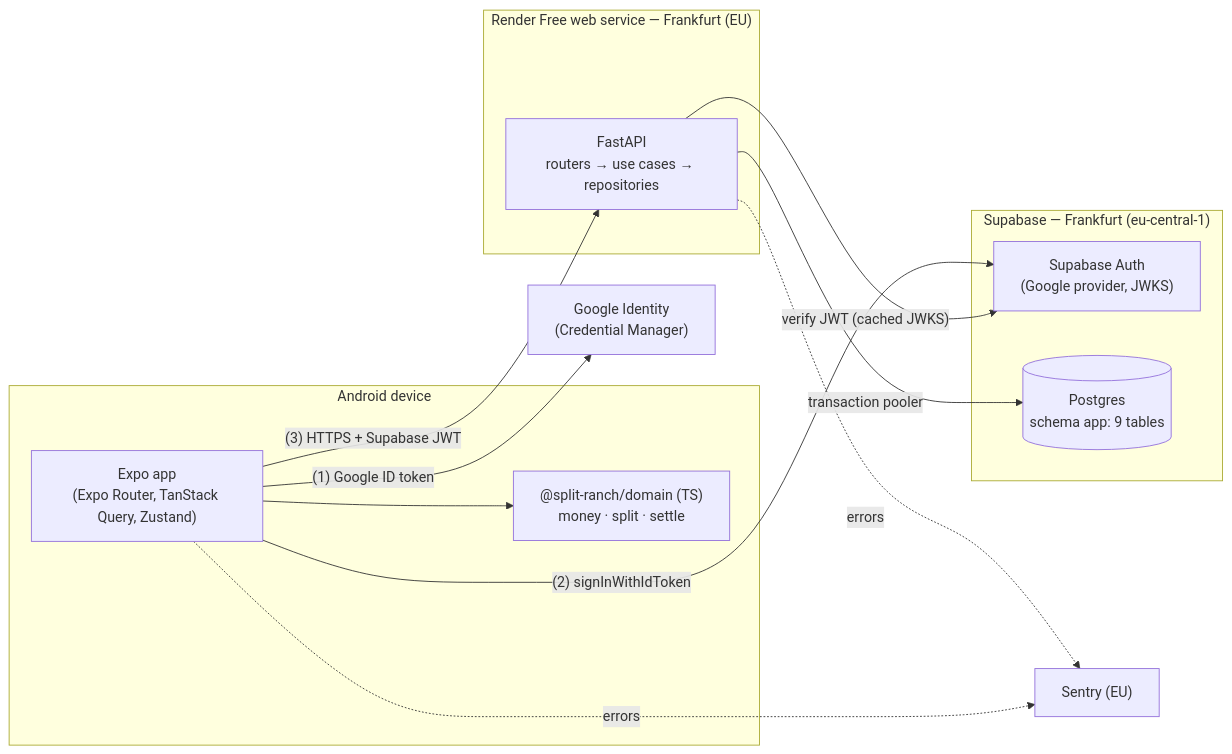
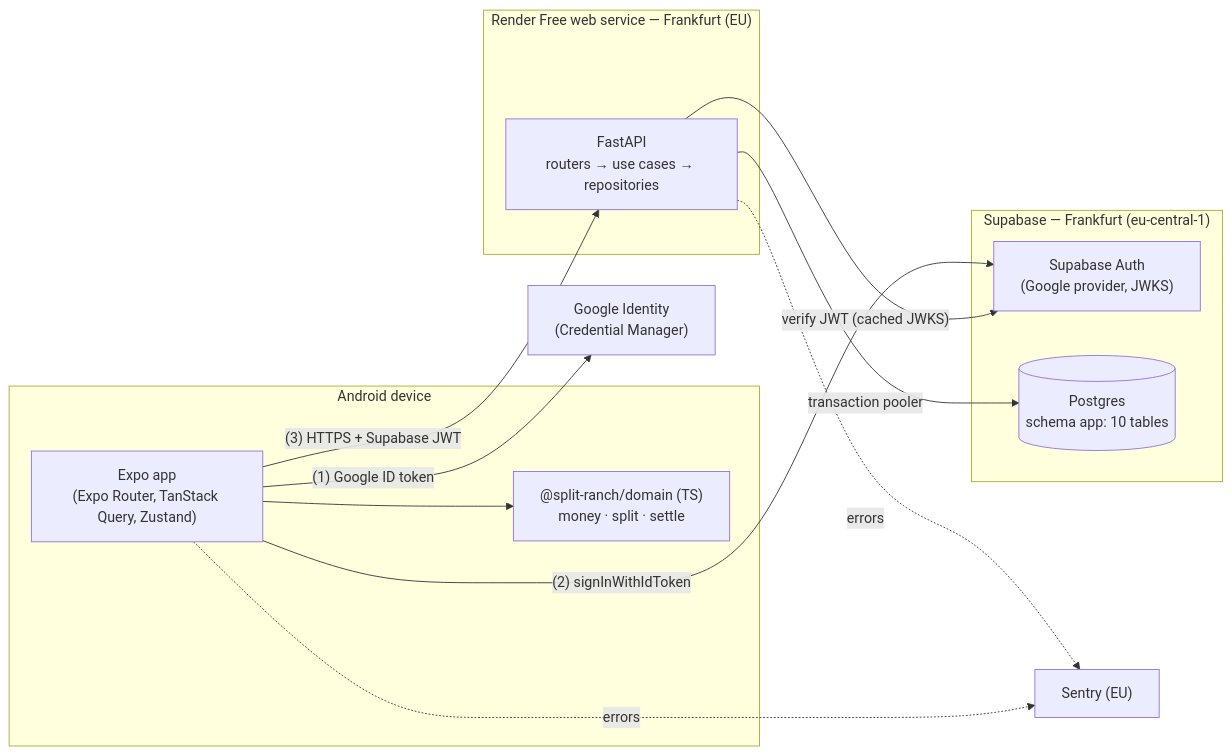
The first of 4 diagrams in docs/01-architecture.md (Frankovg/split-ranch), drawn with Mermaid before and after one commit. The commit also changed other lines of this file and 60 other files, not shown here.

````diff
--- a/docs/01-architecture.md
+++ b/docs/01-architecture.md
@@ -5,28 +5,28 @@
 ```mermaid
 flowchart LR
   subgraph Device["Android device"]
     App["Expo app<br/>(Expo Router, TanStack Query, Zustand)"]
     DomainTS["@split-ranch/domain (TS)<br/>money · split · settle"]
     App --> DomainTS
   end
 
   subgraph Render["Render Free web service — Frankfurt (EU)"]
     API["FastAPI<br/>routers → use cases → repositories"]
   end
 
   subgraph Supabase["Supabase — Frankfurt (eu-central-1)"]
     Auth["Supabase Auth<br/>(Google provider, JWKS)"]
-    DB[("Postgres<br/>schema app: 9 tables")]
+    DB[("Postgres<br/>schema app: 10 tables")]
   end
 
   GoogleID["Google Identity<br/>(Credential Manager)"]
   Sentry["Sentry (EU)"]
 
   App -- "(1) Google ID token" --> GoogleID
   App -- "(2) signInWithIdToken" --> Auth
   App -- "(3) HTTPS + Supabase JWT" --> API
   API -- "verify JWT (cached JWKS)" --> Auth
   API -- "transaction pooler" --> DB
   API -. errors .-> Sentry
   App -. errors .-> Sentry
 ```
````
